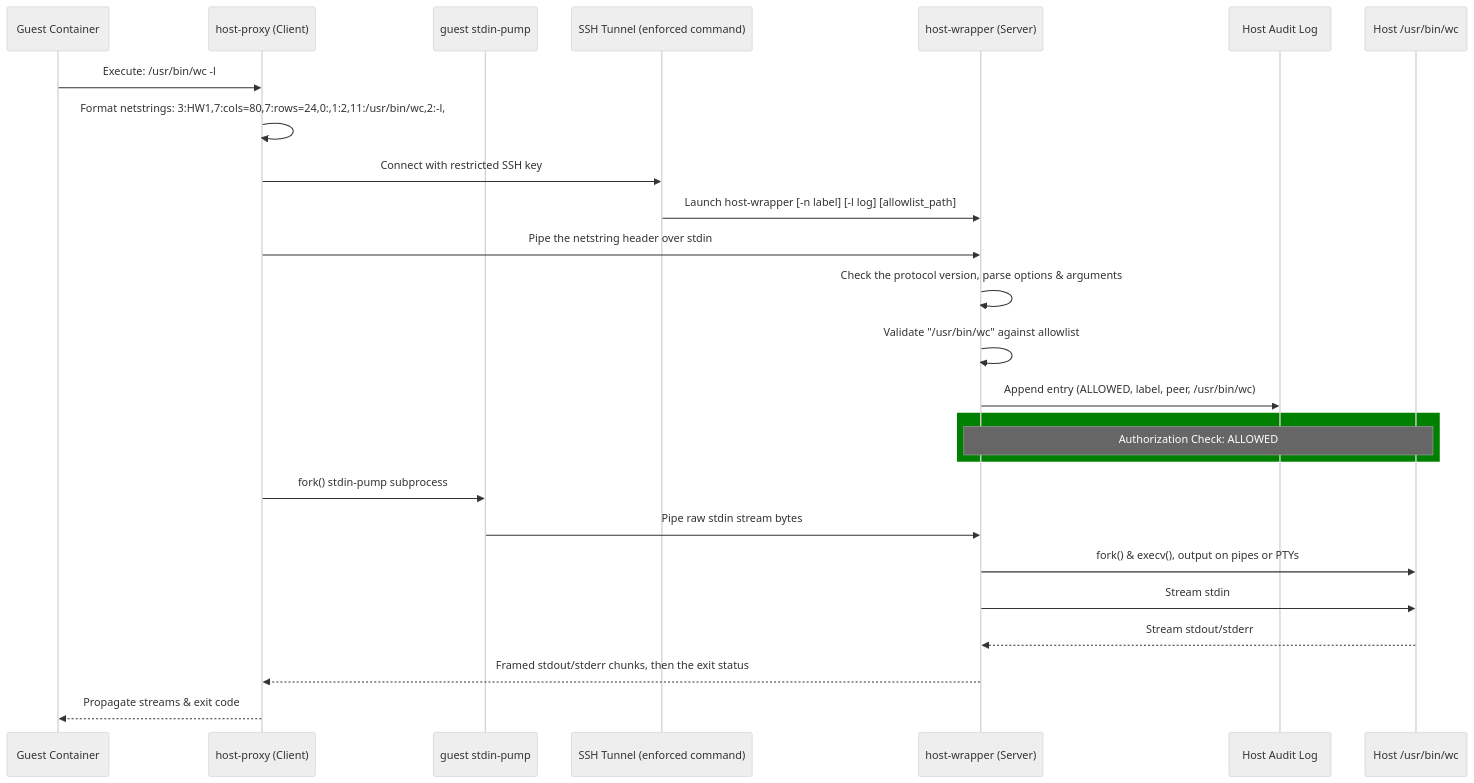
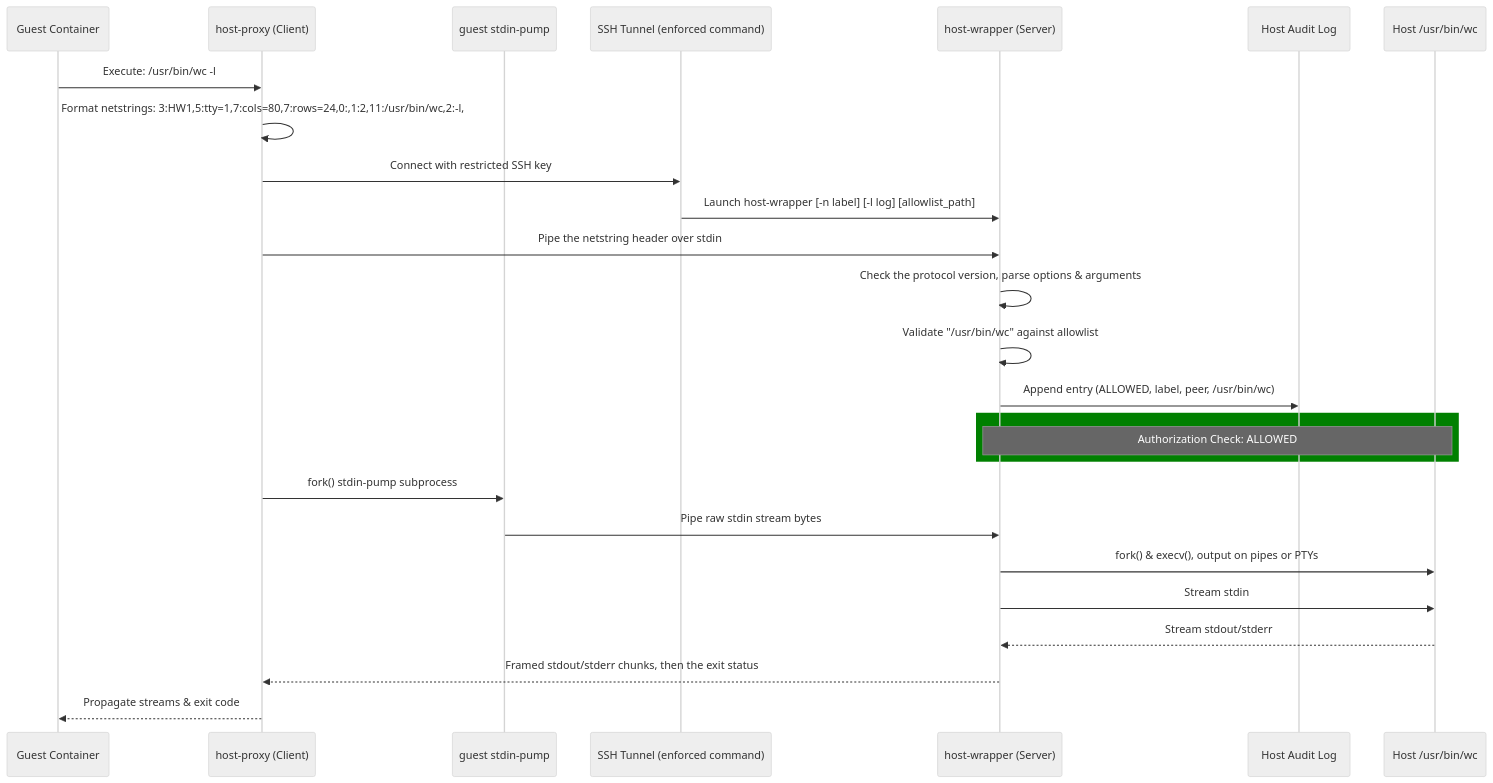
The diagram in README.md (samirose/host-wrapper), drawn with Mermaid (neutral theme) before and after one commit. The commit also changed other lines of this file and 160 other files, not shown here.

````diff
--- a/README.md
+++ b/README.md
@@ -76,29 +76,29 @@
 ```mermaid
 sequenceDiagram
     participant Guest as Guest Container
     participant Proxy as host-proxy (Client)
     participant Pump as guest stdin-pump
     participant SSH as SSH Tunnel (enforced command)
     participant Wrapper as host-wrapper (Server)
     participant Log as Host Audit Log
     participant HostCmd as Host /usr/bin/wc
 
     Guest->>Proxy: Execute: /usr/bin/wc -l
-    Proxy->>Proxy: Format netstrings: 3:HW1,7:cols=80,7:rows=24,0:,1:2,11:/usr/bin/wc,2:-l,
+    Proxy->>Proxy: Format netstrings: 3:HW1,5:tty=1,7:cols=80,7:rows=24,0:,1:2,11:/usr/bin/wc,2:-l,
     Proxy->>SSH: Connect with restricted SSH key
     SSH->>Wrapper: Launch host-wrapper [-n label] [-l log] [allowlist_path]
     Proxy->>Wrapper: Pipe the netstring header over stdin
     Wrapper->>Wrapper: Check the protocol version, parse options & arguments
     Wrapper->>Wrapper: Validate "/usr/bin/wc" against allowlist
     Wrapper->>Log: Append entry (ALLOWED, label, peer, /usr/bin/wc)
     rect green
         Note over Wrapper,HostCmd: Authorization Check: ALLOWED
     end
     Proxy->>Pump: fork() stdin-pump subprocess
     Pump->>Wrapper: Pipe raw stdin stream bytes
     Wrapper->>HostCmd: fork() & execv(), output on pipes or PTYs
     Wrapper->>HostCmd: Stream stdin
     HostCmd-->>Wrapper: Stream stdout/stderr
     Wrapper-->>Proxy: Framed stdout/stderr chunks, then the exit status
     Proxy-->>Guest: Propagate streams & exit code
 ```
````
